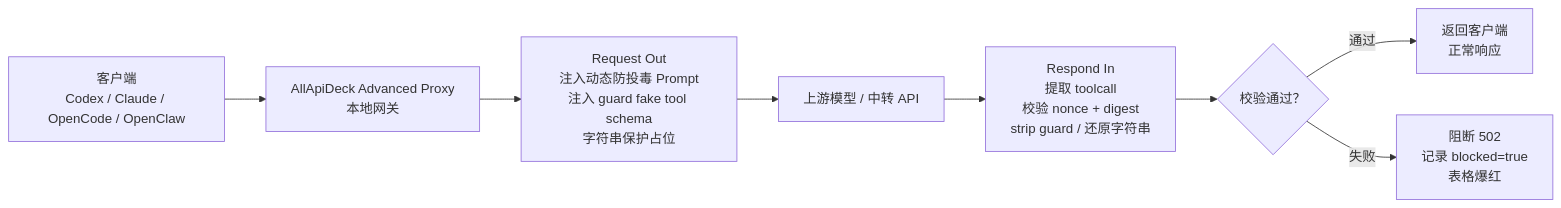
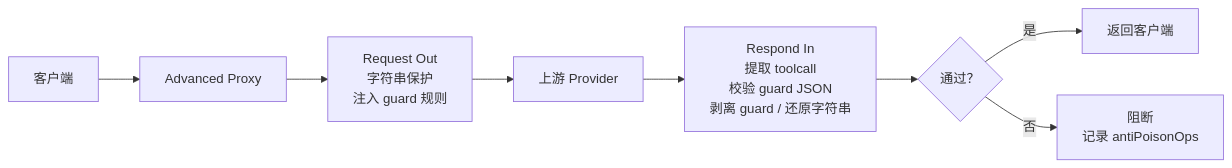
One commit to jlwebs/AllApiDeck changed the diagram in anti-poison-wiki.md. Above: the diagram before and after it, drawn with Mermaid. The commit also changed other lines of this file and 9 other files, not shown here.

Commit message:
Update anti-poison guard and string protection docs

````diff
--- a/anti-poison-wiki.md
+++ b/anti-poison-wiki.md
@@ -19,10 +20,10 @@
 ```mermaid
 flowchart LR
-  Client["客户端\nCodex / Claude / OpenCode / OpenClaw"] --> Proxy["AllApiDeck Advanced Proxy\n本地网关"]
-  Proxy --> RequestGuard["Request Out\n注入动态防投毒 Prompt\n注入 guard fake tool schema\n字符串保护占位"]
-  RequestGuard --> Upstream["上游模型 / 中转 API"]
-  Upstream --> ResponseGuard["Respond In\n提取 toolcall\n校验 nonce + digest\nstrip guard / 还原字符串"]
-  ResponseGuard --> Decision{"校验通过？"}
-  Decision -- "通过" --> ClientOK["返回客户端\n正常响应"]
-  Decision -- "失败" --> Block["阻断 502\n记录 blocked=true\n表格爆红"]
+  Client["客户端"] --> Proxy["Advanced Proxy"]
+  Proxy --> Protect["Request Out\n字符串保护\n注入 guard 规则"]
+  Protect --> Upstream["上游 Provider"]
+  Upstream --> Validate["Respond In\n提取 toolcall\n校验 guard JSON\n剥离 guard / 还原字符串"]
+  Validate --> Decision{"通过？"}
+  Decision -- "是" --> OK["返回客户端"]
+  Decision -- "否" --> Block["阻断\n记录 antiPoisonOps"]
 ```
````
